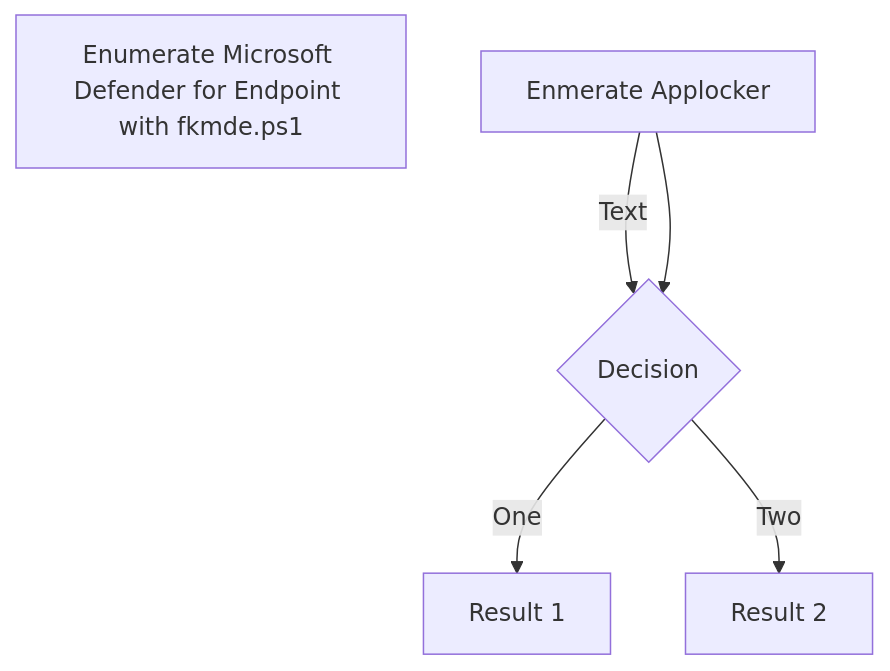
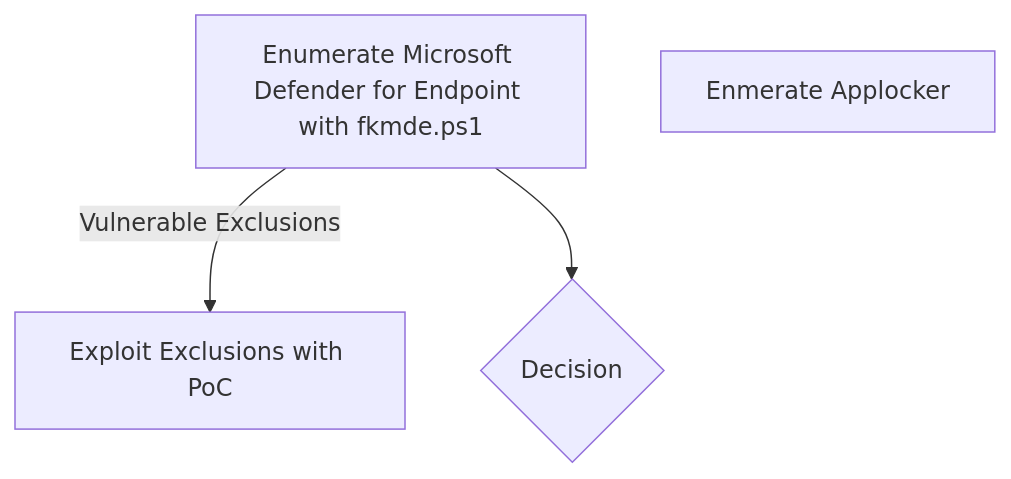
Before and after one commit to fkxdr/fkxdr-mindmaps: the diagram in README.md, drawn with Mermaid.

````diff
--- a/README.md
+++ b/README.md
@@ -18,9 +18,7 @@
 ```mermaid
 flowchart TD
     A[ Enumerate Microsoft Defender for Endpoint with fkmde.ps1  ] 
-    B[ Enmerate Applocker ]
-    -->| Text | C( Round )
-    B --> C{ Decision }
-    C -->| One | D[ Result 1 ]
-    C -->| Two | E[ Result 2 ]
+    -->| Vulnerable Exclusions | B[ Exploit Exclusions with PoC ]
+    P[ Enmerate Applocker ]
+    A --> C{ Decision }
 ```
````
